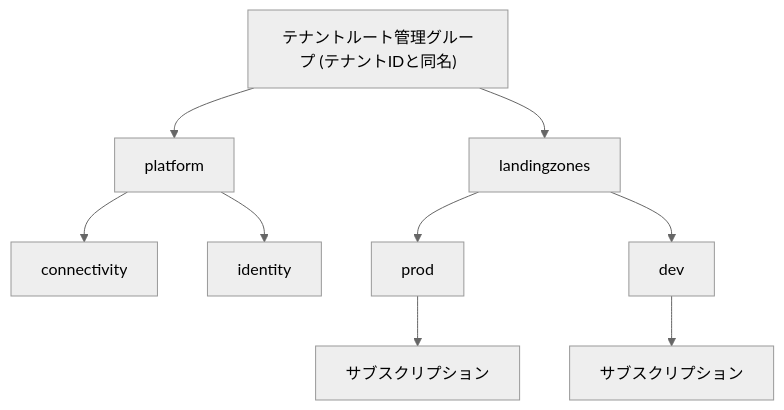
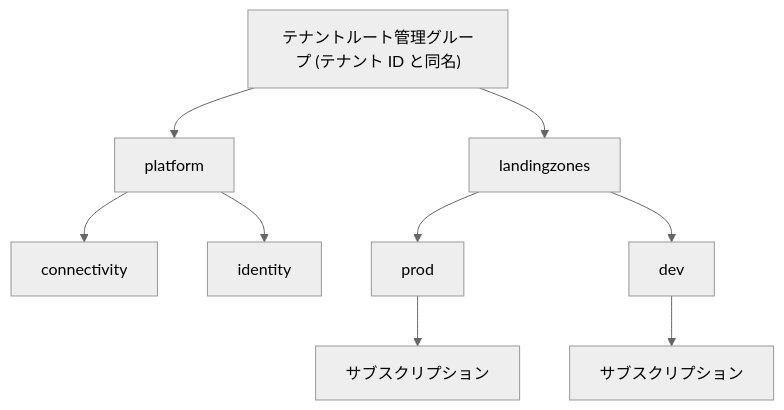
Before and after one commit to engineers-hub-ltd-in-house-project/azure-practice: the diagram in manuscript/part1/02-management-groups.md, drawn with Mermaid (neutral theme). The commit also changed other lines of this file and 32 other files, not shown here.

````diff
--- a/manuscript/part1/02-management-groups.md
+++ b/manuscript/part1/02-management-groups.md
@@ -19,12 +13,12 @@
 ```mermaid
 flowchart TB
-  R["テナントルート管理グループ (テナントIDと同名)"]
+  R["テナントルート管理グループ (テナント ID と同名)"]
   R --> P["platform"]
   R --> L["landingzones"]
   P --> PC["connectivity"]
   P --> PI["identity"]
   L --> LP["prod"]
   L --> LD["dev"]
   LP --> S1["サブスクリプション"]
   LD --> S2["サブスクリプション"]
 ```
````
